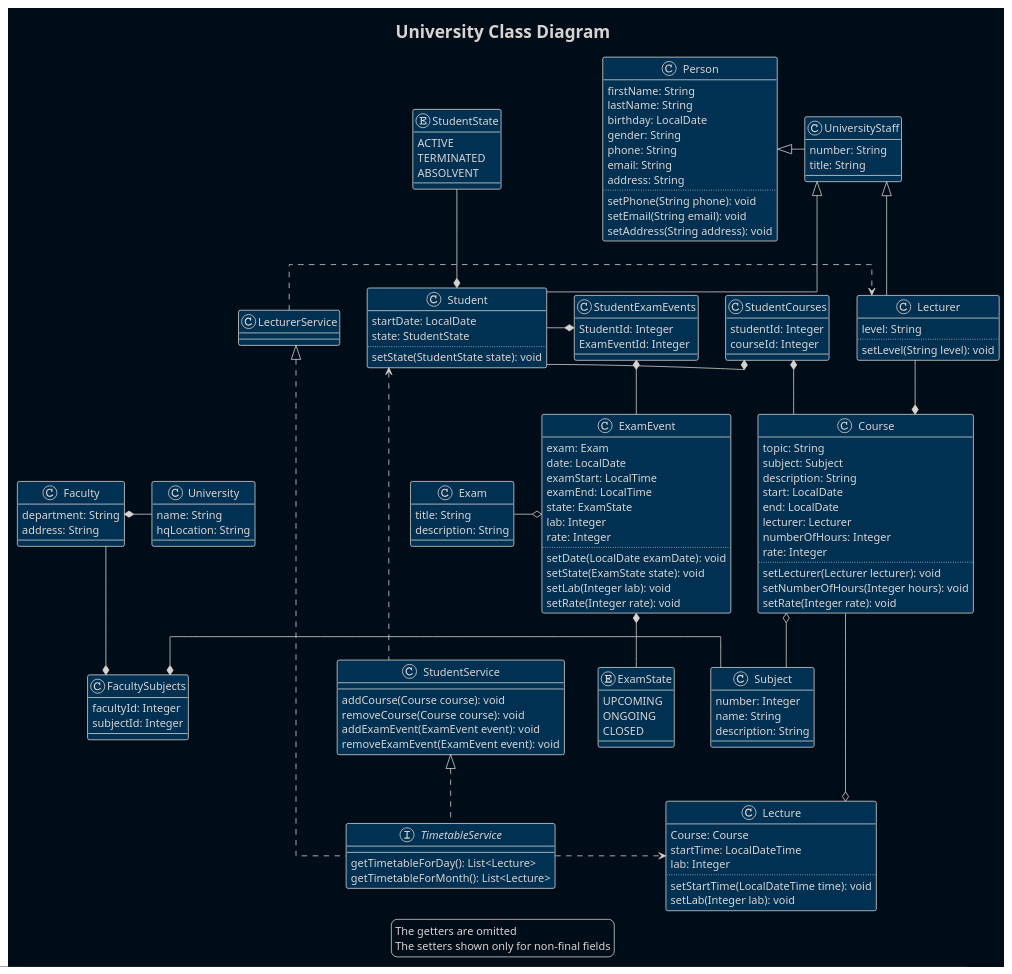
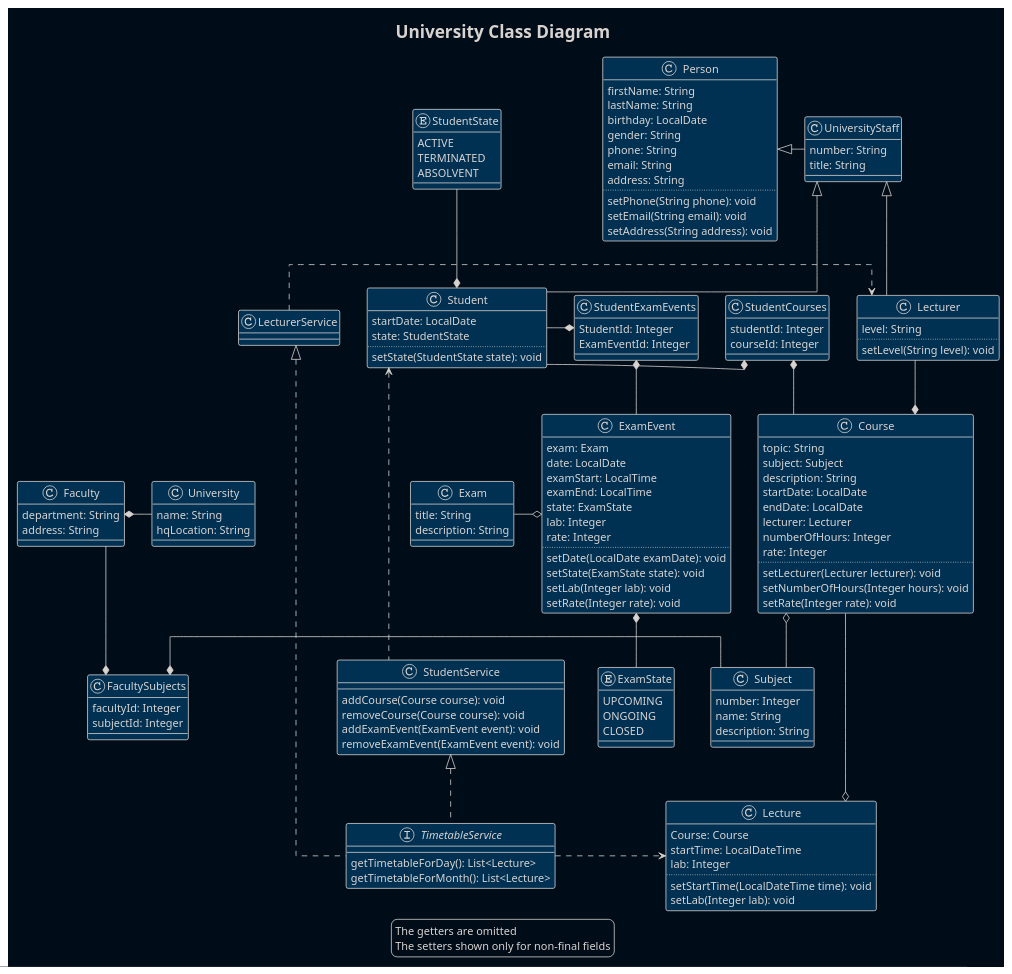
The diagram in src/main/resources/diagrams/University.puml (RomaEcho/University), drawn with PlantUML before and after one commit.

Commit message:
puml: course end -> end_date and start same

```diff
--- a/src/main/resources/diagrams/University.puml
+++ b/src/main/resources/diagrams/University.puml
@@ -1,153 +1,153 @@
 @startuml
 '!theme plain
 !theme blueprint
 skinparam BackgroundColor #000c18
 'skinparam ClassBackgroundColor #000c18
 skinparam linetype ortho
 
 title University Class Diagram
 class Person {
     firstName: String
     lastName: String
     birthday: LocalDate
     gender: String
     phone: String
     email: String
     address: String
     ..
     setPhone(String phone): void
     setEmail(String email): void
     setAddress(String address): void
 }
 class Student {
     startDate: LocalDate
     state: StudentState
     ..
     setState(StudentState state): void
 }
 enum StudentState {
     ACTIVE
     TERMINATED
     ABSOLVENT
 }
 class UniversityStaff {
     number: String
     title: String
 }
 class Subject {
     number: Integer
     name: String
     description: String
 }
 
 class Course {
     topic: String
     subject: Subject
     description: String
-    start: LocalDate
-    end: LocalDate
+    startDate: LocalDate
+    endDate: LocalDate
     lecturer: Lecturer
     numberOfHours: Integer
     rate: Integer
     ..
     setLecturer(Lecturer lecturer): void
     setNumberOfHours(Integer hours): void
     setRate(Integer rate): void
 }
 class Lecturer {
     level: String
     ..
     setLevel(String level): void
 }
 class Exam {
     title: String
     description: String
 }
 class ExamEvent {
     exam: Exam
     date: LocalDate
     examStart: LocalTime
     examEnd: LocalTime
     state: ExamState
     lab: Integer
     rate: Integer
     ..
     setDate(LocalDate examDate): void
     setState(ExamState state): void
     setLab(Integer lab): void
     setRate(Integer rate): void
 }
 enum ExamState {
     UPCOMING
     ONGOING
     CLOSED
 }
 class Faculty {
     department: String
     address: String
 }
 class University {
     name: String
     hqLocation: String
 }
 class Lecture {
     Course: Course
     startTime: LocalDateTime
     lab: Integer
     ..
     setStartTime(LocalDateTime time): void
     setLab(Integer lab): void
 }
 class StudentCourses {
     studentId: Integer
     courseId: Integer
 }
 class FacultySubjects {
     facultyId: Integer
     subjectId: Integer
 }
 class StudentExamEvents {
     StudentId: Integer    
     ExamEventId: Integer
 }
 interface TimetableService {
     getTimetableForDay(): List<Lecture>
     getTimetableForMonth(): List<Lecture>
 }
 class StudentService {
     addCourse(Course course): void
     removeCourse(Course course): void
     addExamEvent(ExamEvent event): void
     removeExamEvent(ExamEvent event): void
 }
 class LecturerService
 
 Person <|-right- UniversityStaff
 UniversityStaff <|-- Student
 UniversityStaff <|-- Lecturer
 Student *-up- StudentState
 StudentCourses *- Student
 StudentCourses *- Course
 Course *-up- Lecturer
 StudentExamEvents *-- ExamEvent
 StudentExamEvents *- Student
 ExamEvent o-left- Exam
 ExamEvent *-down- ExamState
 Course o-- Subject
 Faculty --* FacultySubjects
 Subject -left-* FacultySubjects
 University -left* Faculty
 Student <... StudentService
 StudentService <|.. TimetableService
 LecturerService <|.. TimetableService
 LecturerService .> Lecturer
 TimetableService .right.> Lecture
 Course --o Lecture
 
 
 legend
     The getters are omitted
     The setters shown only for non-final fields
 endlegend
 
 @enduml
```
